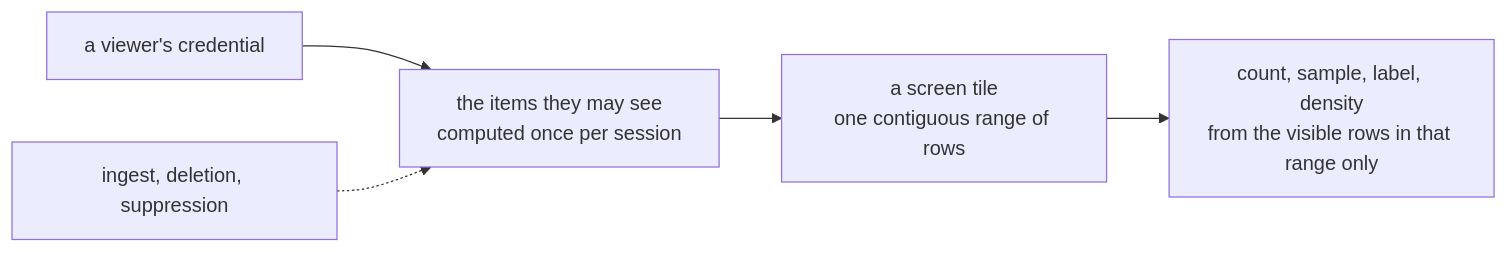
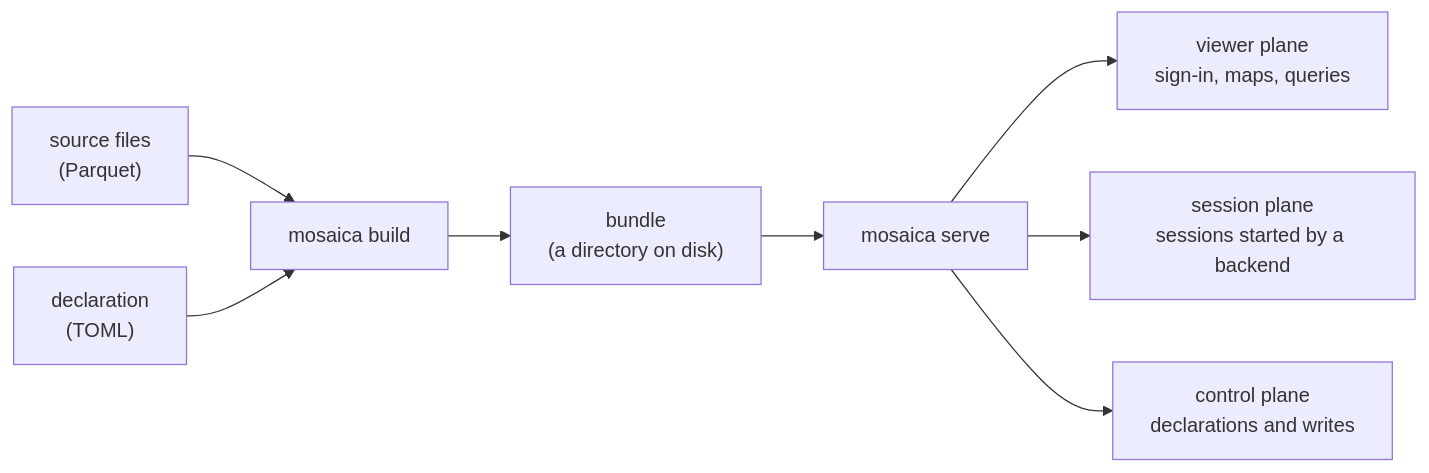
Before and after one commit to jennis0/tesseradb: the diagram in docs/system/overview.md, drawn with Mermaid. The commit also changed other lines of this file and 1 other file, not shown here.

````diff
--- a/docs/system/overview.md
+++ b/docs/system/overview.md
@@ -58,7 +7,10 @@
 ```mermaid
 flowchart LR
-  cred["a viewer's credential"] --> vis["the items they may see<br/>computed once per session"]
-  vis --> tile["a screen tile<br/>one contiguous range of rows"]
-  tile --> out["count, sample, label, density<br/>from the visible rows in that range only"]
-  ingest["ingest, deletion, suppression"] -.-> vis
+  src["source files<br/>(Parquet)"] --> build["mosaica build"]
+  decl["declaration<br/>(TOML)"] --> build
+  build --> bundle["bundle<br/>(a directory on disk)"]
+  bundle --> serve["mosaica serve"]
+  serve --> viewer["viewer plane<br/>sign-in, maps, queries"]
+  serve --> session["session plane<br/>sessions started by a backend"]
+  serve --> control["control plane<br/>declarations and writes"]
 ```
````
